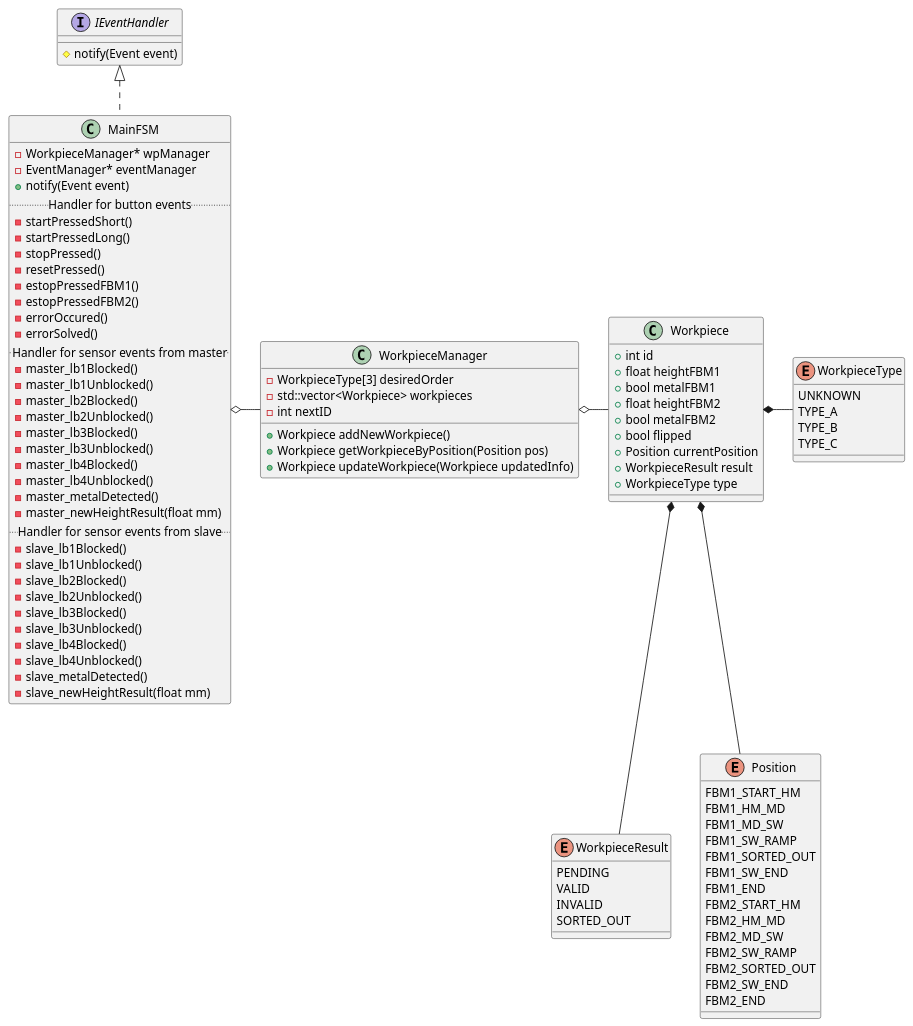
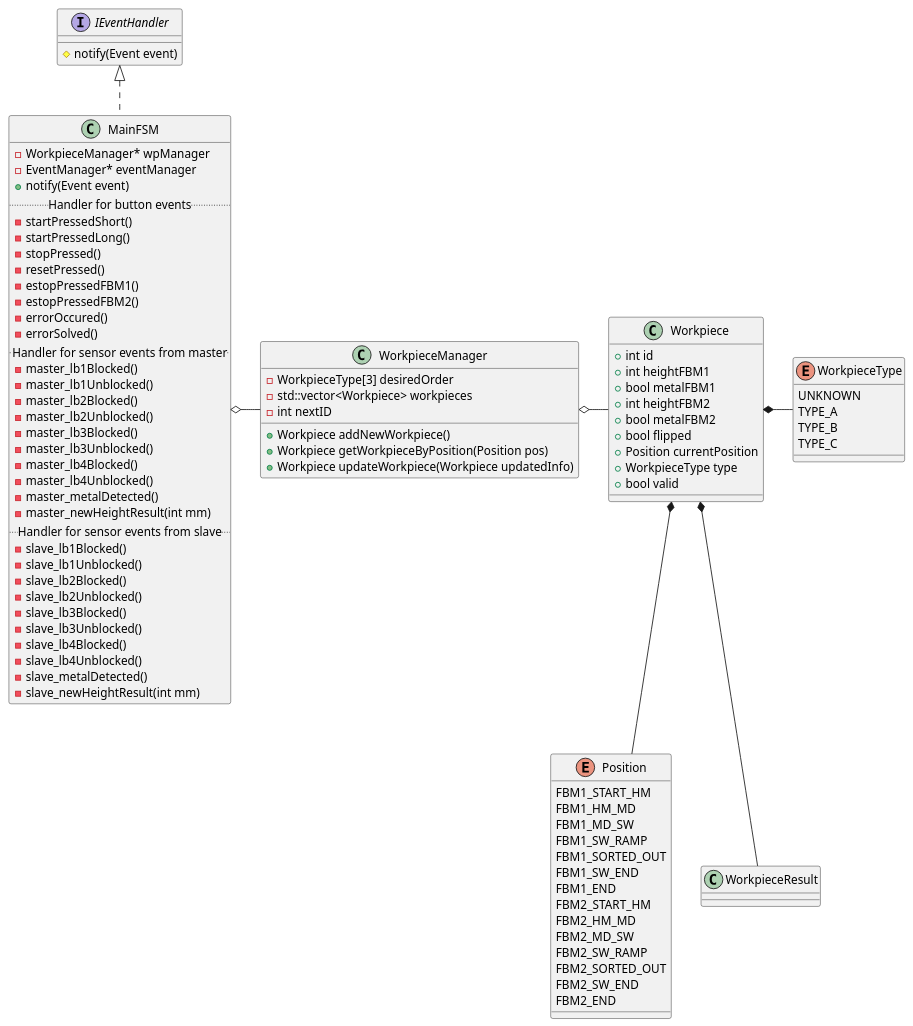
Before and after one commit to u2knwy/ESEP-2023SoSe-Team-2-1: the diagram in docs/diagrams/classes/main_fsm.puml, drawn with PlantUML. The commit also changed 4 other files, not shown here.

Commit message:
Update diagrams. Add sequence diagram for EStop

```diff
--- a/docs/diagrams/classes/main_fsm.puml
+++ b/docs/diagrams/classes/main_fsm.puml
@@ -1,105 +1,98 @@
 @startuml
 interface IEventHandler {
   #notify(Event event)
 }
 
 enum WorkpieceType {
   UNKNOWN
   TYPE_A
   TYPE_B
   TYPE_C
-}
-
-enum WorkpieceResult {
-  PENDING
-  VALID
-  INVALID
-  SORTED_OUT
 }
 
 enum Position {
   FBM1_START_HM
   FBM1_HM_MD
   FBM1_MD_SW
   FBM1_SW_RAMP
   FBM1_SORTED_OUT
   FBM1_SW_END
   FBM1_END
   FBM2_START_HM
   FBM2_HM_MD
   FBM2_MD_SW
   FBM2_SW_RAMP
   FBM2_SORTED_OUT
   FBM2_SW_END
   FBM2_END
 }
 
 class Workpiece {
   +int id
-  +float heightFBM1
+  +int heightFBM1
   +bool metalFBM1
-  +float heightFBM2
+  +int heightFBM2
   +bool metalFBM2
   +bool flipped
   +Position currentPosition
-  +WorkpieceResult result
   +WorkpieceType type
+  +bool valid
 }
 
 Workpiece *-- Position
 Workpiece *- WorkpieceType
 Workpiece *-- WorkpieceResult
 
 class WorkpieceManager {
   -WorkpieceType[3] desiredOrder
   -std::vector<Workpiece> workpieces
   -int nextID
   +Workpiece addNewWorkpiece()
   +Workpiece getWorkpieceByPosition(Position pos)
   +Workpiece updateWorkpiece(Workpiece updatedInfo)
 }
 
 WorkpieceManager o- Workpiece
 
 class MainFSM {
   -WorkpieceManager* wpManager
   -EventManager* eventManager
   +notify(Event event)
   .. Handler for button events ..
   -startPressedShort()
   -startPressedLong()
   -stopPressed()
   -resetPressed()
   -estopPressedFBM1()
   -estopPressedFBM2()
   -errorOccured()
   -errorSolved()
   .. Handler for sensor events from master ..
   -master_lb1Blocked()
   -master_lb1Unblocked()
   -master_lb2Blocked()
   -master_lb2Unblocked()
   -master_lb3Blocked()
   -master_lb3Unblocked()
   -master_lb4Blocked()
   -master_lb4Unblocked()
   -master_metalDetected()
-  -master_newHeightResult(float mm)
+  -master_newHeightResult(int mm)
   .. Handler for sensor events from slave ..
   -slave_lb1Blocked()
   -slave_lb1Unblocked()
   -slave_lb2Blocked()
   -slave_lb2Unblocked()
   -slave_lb3Blocked()
   -slave_lb3Unblocked()
   -slave_lb4Blocked()
   -slave_lb4Unblocked()
   -slave_metalDetected()
-  -slave_newHeightResult(float mm)
+  -slave_newHeightResult(int mm)
 }
 
 IEventHandler <|.. MainFSM
 MainFSM o- WorkpieceManager
 
 
 @enduml
```
